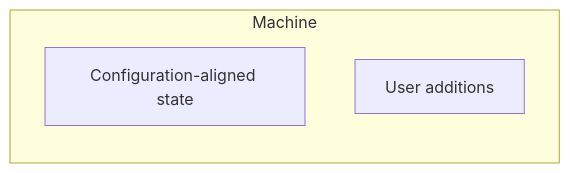
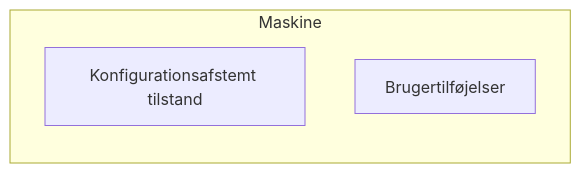
Before and after one commit to 0xf1e/os2fri-dokumentation: the fourth of 9 diagrams in presentation/slides.md, drawn with Mermaid. The commit also changed other lines of this file, not shown here.

```diff
--- a/presentation/slides.md
+++ b/presentation/slides.md
@@ -124,7 +124,7 @@
 <div class="mermaid">
 flowchart LR
-    subgraph Machine ["Machine"]
-        guaranteed["Configuration-aligned state"]
-        compartment["User additions"]
+    subgraph Machine ["Maskine"]
+        guaranteed["Konfigurationsafstemt tilstand"]
+        compartment["Brugertilføjelser"]
     end
 </div>
```
